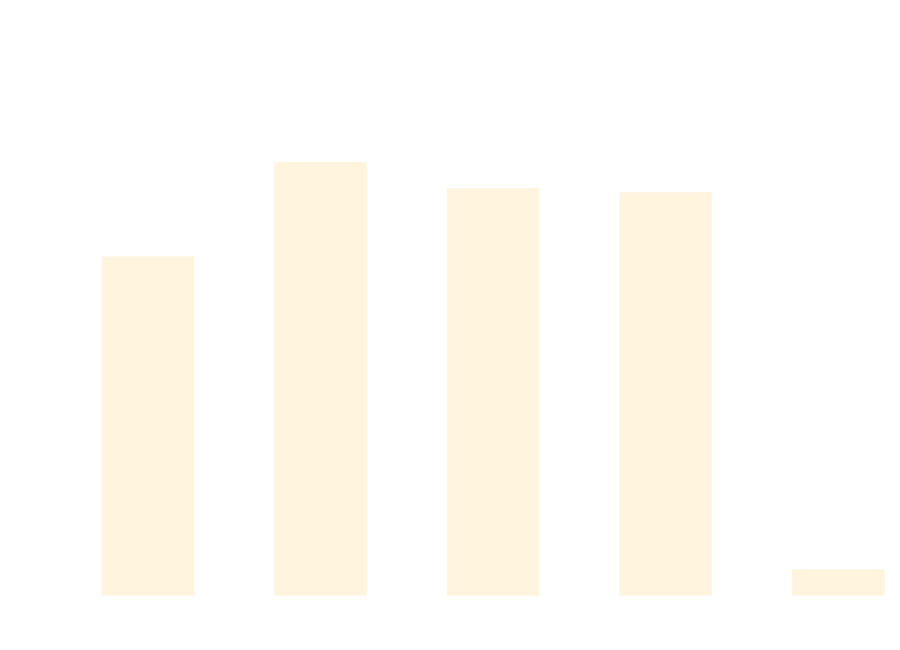
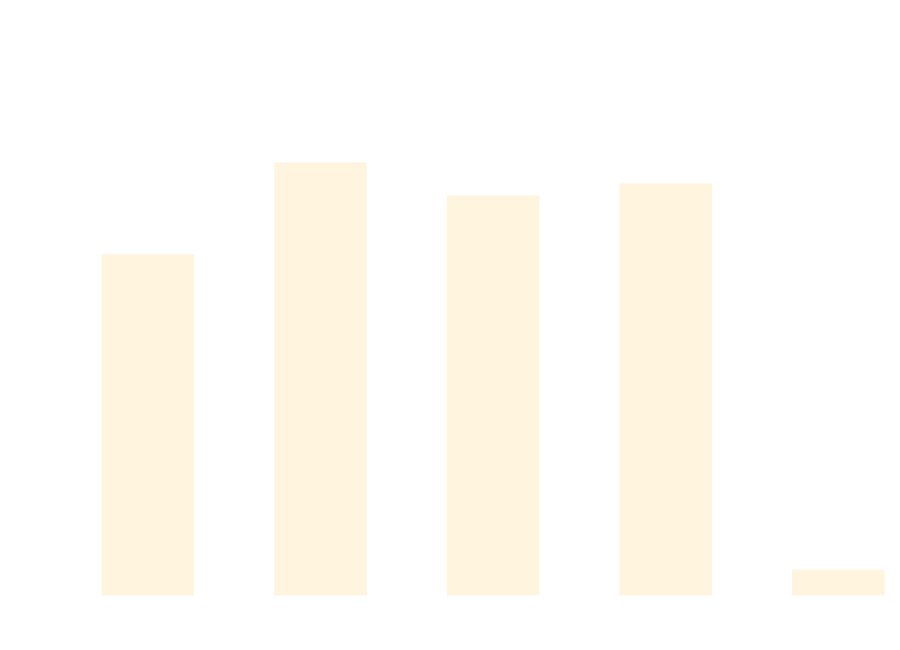
One commit to thomhurst/TUnit changed the diagram in docs/docs/benchmarks/DataDrivenTests.md. Above: the diagram before and after it, drawn with Mermaid. The commit also changed other lines of this file and 17 other files, not shown here.

````diff
--- a/docs/docs/benchmarks/DataDrivenTests.md
+++ b/docs/docs/benchmarks/DataDrivenTests.md
@@ -27,37 +27,37 @@
 ```mermaid
 %%{init: {
   'theme':'base',
   'themeVariables': {
     'primaryColor': '#2563eb',
     'primaryTextColor': '#ffffff',
     'primaryBorderColor': '#1e40af',
     'lineColor': '#6b7280',
     'secondaryColor': '#7c3aed',
     'tertiaryColor': '#dc2626',
     'background': '#ffffff',
     'mainBkg': '#2563eb',
     'secondBkg': '#7c3aed',
     'tertiaryBkg': '#dc2626',
     'clusterBkg': '#f3f4f6',
     'edgeLabelBackground': '#ffffff',
     'tertiaryTextColor': '#1f2937',
     'pie1': '#2563eb',
     'pie2': '#7c3aed',
     'pie3': '#dc2626',
     'pie4': '#f59e0b',
     'pie5': '#10b981',
     'pie6': '#06b6d4',
     'pie7': '#ec4899',
     'pie8': '#6366f1',
     'pie9': '#84cc16',
     'pie10': '#f97316',
     'pie11': '#14b8a6',
     'pie12': '#a855f7'
   }
 }}%%
 xychart-beta
   title "DataDrivenTests Performance Comparison"
   x-axis ["TUnit", "NUnit", "MSTest", "xUnit3", "TUnit_AOT"]
-  y-axis "Time (ms)" 0 --> 813
-  bar [526.24, 676.94, 635.04, 628.99, 26.02]
+  y-axis "Time (ms)" 0 --> 785
+  bar [511.64, 653.39, 601.97, 620.66, 24.72]
 ```
````
